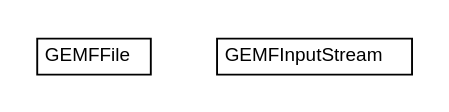
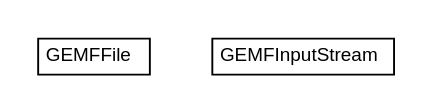
The diagram in javadocs/OSMMapTilePackager/org/osmdroid/util/org.osmdroid.util.dot (osmdroid/osmdroid), drawn with Graphviz before and after one commit. The commit also changed 3996 other files, not shown here.

```diff
--- a/javadocs/OSMMapTilePackager/org/osmdroid/util/org.osmdroid.util.dot
+++ b/javadocs/OSMMapTilePackager/org/osmdroid/util/org.osmdroid.util.dot
@@ -1,24 +1,24 @@
 #!/usr/local/bin/dot
 #
 # Class diagram 
 # Generated by UMLGraph version R5_6-24-gf6e263 (http://www.umlgraph.org/)
 #
 
 digraph G {
-	edge [fontname="Helvetica",fontsize=10,labelfontname="Helvetica",labelfontsize=10];
-	node [fontname="Helvetica",fontsize=10,shape=plaintext];
+	edge [fontname="arial",fontsize=10,labelfontname="arial",labelfontsize=10];
+	node [fontname="arial",fontsize=10,shape=plaintext];
 	nodesep=0.25;
 	ranksep=0.5;
 	// org.osmdroid.util.GEMFFile
 	c96 [label=<<table title="org.osmdroid.util.GEMFFile" border="0" cellborder="1" cellspacing="0" cellpadding="2" port="p" href="./GEMFFile.html">
 		<tr><td><table border="0" cellspacing="0" cellpadding="1">
 <tr><td align="center" balign="center"> GEMFFile </td></tr>
 		</table></td></tr>
-		</table>>, URL="./GEMFFile.html", fontname="Helvetica", fontcolor="black", fontsize=10.0];
+		</table>>, URL="./GEMFFile.html", fontname="arial", fontcolor="black", fontsize=10.0];
 	// org.osmdroid.util.GEMFFile.GEMFInputStream
 	c97 [label=<<table title="org.osmdroid.util.GEMFFile.GEMFInputStream" border="0" cellborder="1" cellspacing="0" cellpadding="2" port="p" href="./GEMFFile.GEMFInputStream.html">
 		<tr><td><table border="0" cellspacing="0" cellpadding="1">
 <tr><td align="center" balign="center"> GEMFInputStream </td></tr>
 		</table></td></tr>
-		</table>>, URL="./GEMFFile.GEMFInputStream.html", fontname="Helvetica", fontcolor="black", fontsize=10.0];
+		</table>>, URL="./GEMFFile.GEMFInputStream.html", fontname="arial", fontcolor="black", fontsize=10.0];
 }
```
